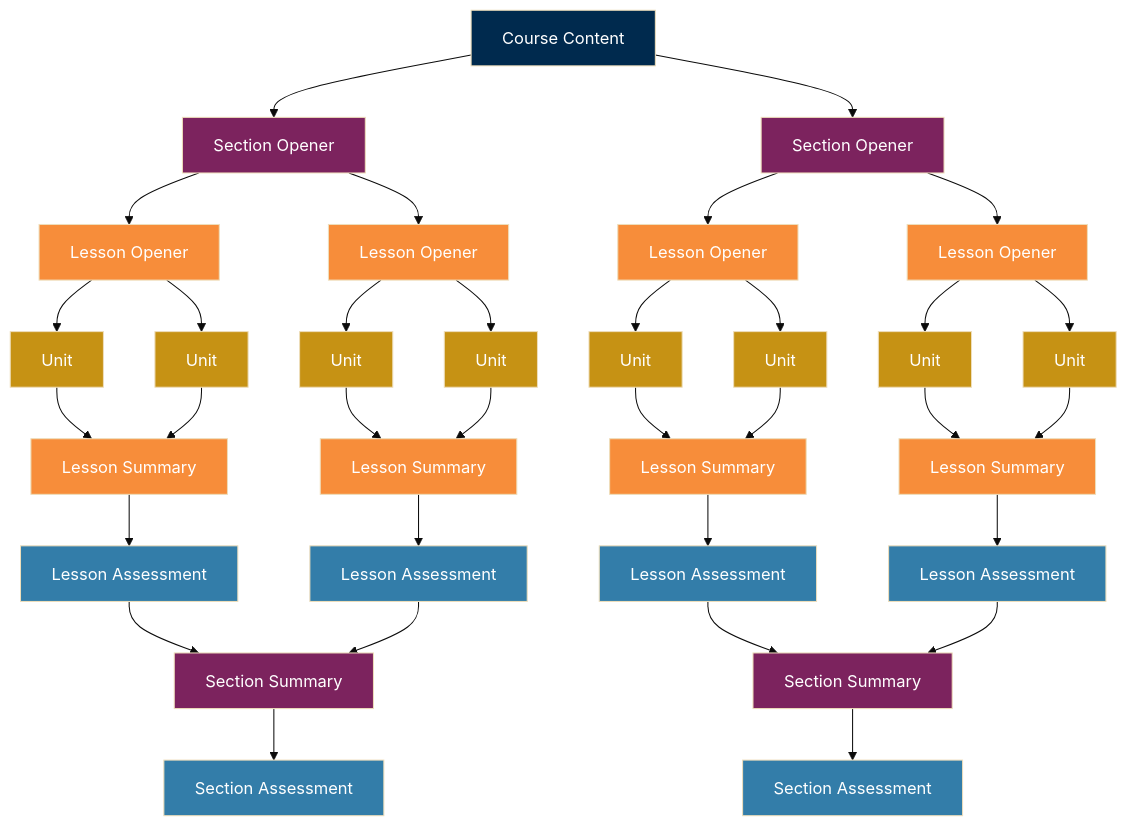
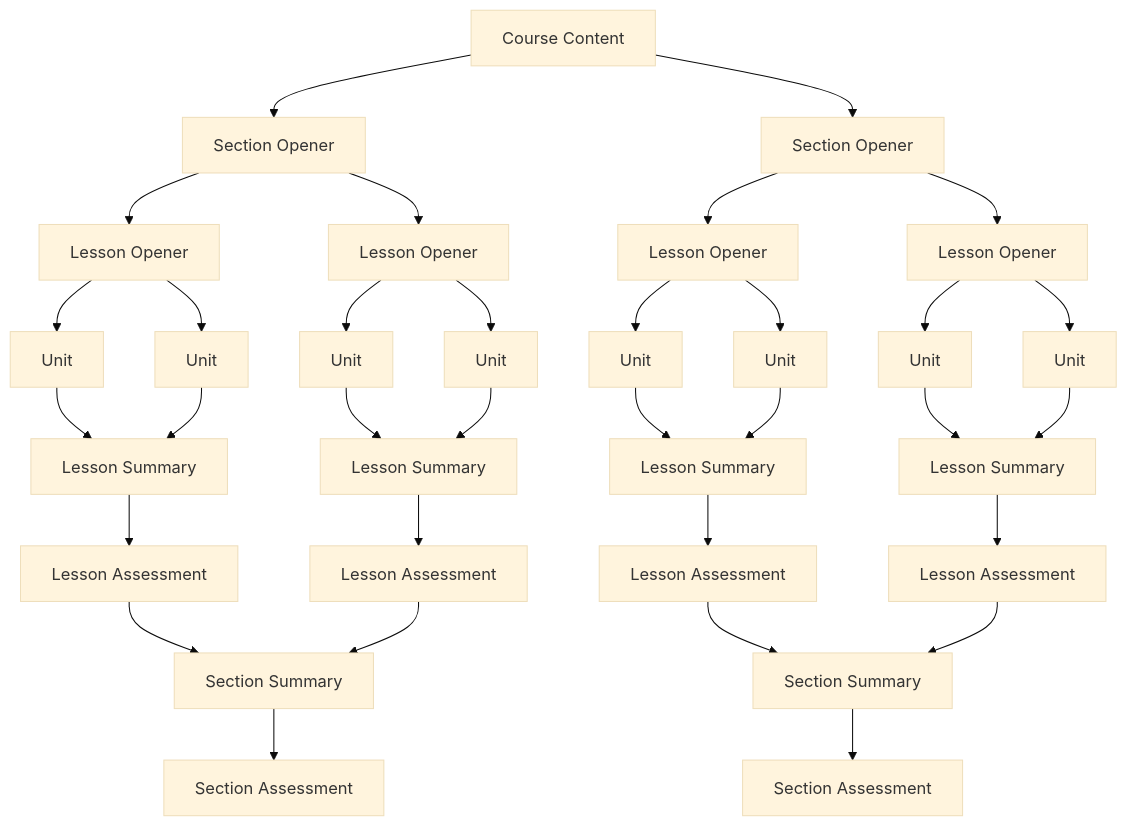
One commit to Standards-and-Practices/Structured-Rapid-Development changed the diagram in README.md. Above: the diagram before and after it, drawn with Mermaid (base theme). The commit also changed other lines of this file, not shown here.

Commit message:
Remove TODO from index page.

```diff
--- a/README.md
+++ b/README.md
@@ -88,70 +88,62 @@
 <div class="mermaid">
-graph TD
-CC[Course Content]:::CC
-SO01[Section Opener]:::SO
-LO01[Lesson Opener]:::LO
-LO02[Lesson Opener]:::LO
-U01[Unit]:::U
-U02[Unit]:::U
-U03[Unit]:::U
-U04[Unit]:::U
-LS01[Lesson Summary]:::LS
-LS02[Lesson Summary]:::LS
-LA01[Lesson Assessment]:::LA
-LA02[Lesson Assessment]:::LA
-SS01[Section Summary]:::SS
-SA01[Section Assessment]:::SA
-CC --> SO01
-SO01 --> LO01
-SO01 --> LO02
-LO01 --> U01
-LO01 --> U02
-LO02 --> U03
-LO02 --> U04
-U01 --> LS01
-U02 --> LS01
-U03 --> LS02
-U04 --> LS02
-LS01 --> LA01
-LS02 --> LA02
-LA01 --> SS01
-LA02 --> SS01
-SS01 --> SA01
-SO02[Section Opener]:::SO
-LO03[Lesson Opener]:::LO
-LO04[Lesson Opener]:::LO
-U05[Unit]:::U
-U06[Unit]:::U
-U07[Unit]:::U
-U08[Unit]:::U
-LS03[Lesson Summary]:::LS
-LS04[Lesson Summary]:::LS
-LA03[Lesson Assessment]:::LA
-LA04[Lesson Assessment]:::LA
-SS02[Section Summary]:::SS
-SA02[Section Assessment]:::SA
-CC --> SO02
-SO02 --> LO03
-SO02 --> LO04
-LO03 --> U05
-LO03 --> U06
-LO04 --> U07
-LO04 --> U08
-U05 --> LS03
-U06 --> LS03
-U07 --> LS04
-U08 --> LS04
-LS03 --> LA03
-LS04 --> LA04
-LA03 --> SS02
-LA04 --> SS02
-SS02 --> SA02
-classDef CC fill:#002A4E,color:#ffffff;
-classDef SO fill:#7C235E,color:#ffffff;
-classDef LO fill:#F78D3A,color:#ffffff;
-classDef U fill:#C69214,color:#ffffff;
-classDef LS fill:#F78D3A,color:#ffffff;
-classDef LA fill:#337DA9,color:#ffffff;
-classDef SS fill:#7C235E,color:#ffffff;
-classDef SA fill:#337DA9,color:#ffffff;
+graph TD;
+CC[Course Content]:::CC;
+SO01[Section Opener]:::SO;
+LO01[Lesson Opener]:::LO;
+LO02[Lesson Opener]:::LO;
+U01[Unit]:::U;
+U02[Unit]:::U;
+U03[Unit]:::U;
+U04[Unit]:::U;
+LS01[Lesson Summary]:::LS;
+LS02[Lesson Summary]:::LS;
+LA01[Lesson Assessment]:::LA;
+LA02[Lesson Assessment]:::LA;
+SS01[Section Summary]:::SS;
+SA01[Section Assessment]:::SA;
+CC --> SO01;
+SO01 --> LO01;
+SO01 --> LO02;
+LO01 --> U01;
+LO01 --> U02;
+LO02 --> U03;
+LO02 --> U04;
+U01 --> LS01;
+U02 --> LS01;
+U03 --> LS02;
+U04 --> LS02;
+LS01 --> LA01;
+LS02 --> LA02;
+LA01 --> SS01;
+LA02 --> SS01;
+SS01 --> SA01;
+SO02[Section Opener]:::SO;
+LO03[Lesson Opener]:::LO;
+LO04[Lesson Opener]:::LO;
+U05[Unit]:::U;
+U06[Unit]:::U;
+U07[Unit]:::U;
+U08[Unit]:::U;
+LS03[Lesson Summary]:::LS;
+LS04[Lesson Summary]:::LS;
+LA03[Lesson Assessment]:::LA;
+LA04[Lesson Assessment]:::LA;
+SS02[Section Summary]:::SS;
+SA02[Section Assessment]:::SA;
+CC --> SO02;
+SO02 --> LO03;
+SO02 --> LO04;
+LO03 --> U05;
+LO03 --> U06;
+LO04 --> U07;
+LO04 --> U08;
+U05 --> LS03;
+U06 --> LS03;
+U07 --> LS04;
+U08 --> LS04;
+LS03 --> LA03;
+LS04 --> LA04;
+LA03 --> SS02;
+LA04 --> SS02;
+SS02 --> SA02;
 </div>
```
